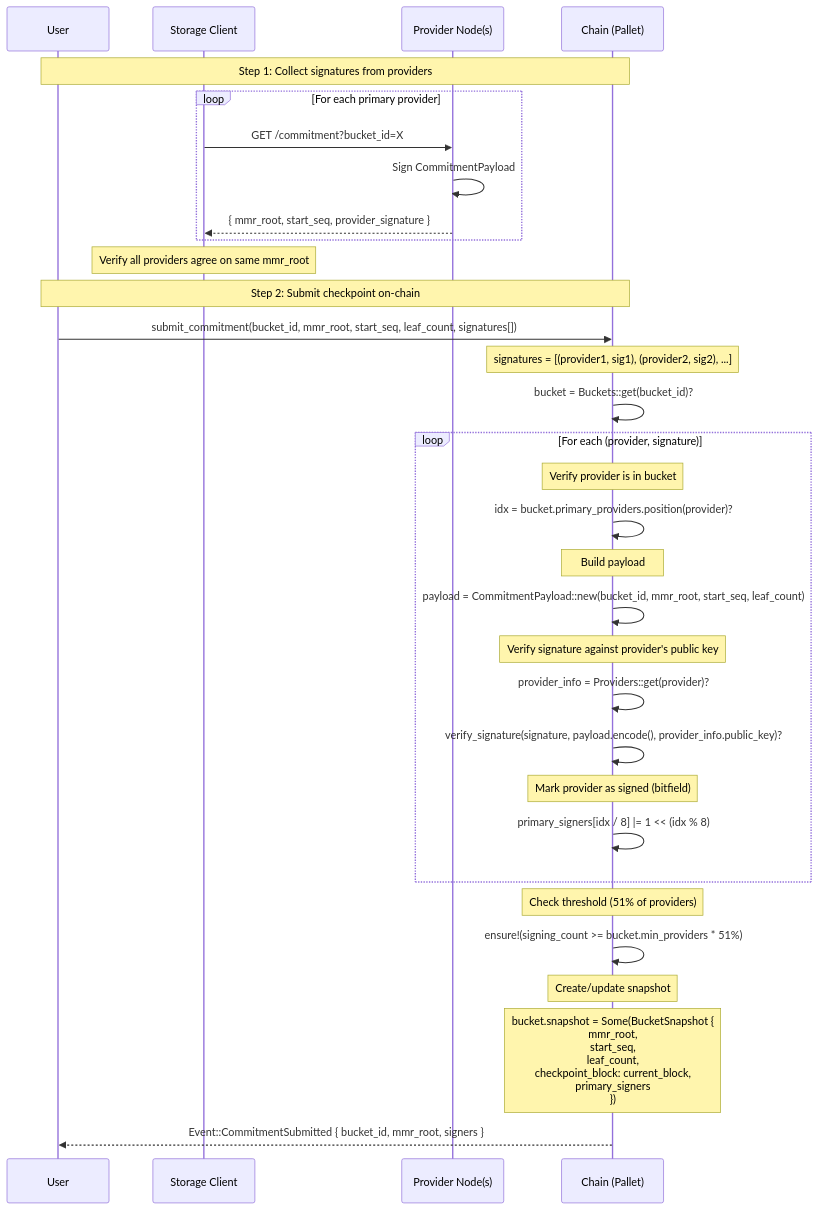
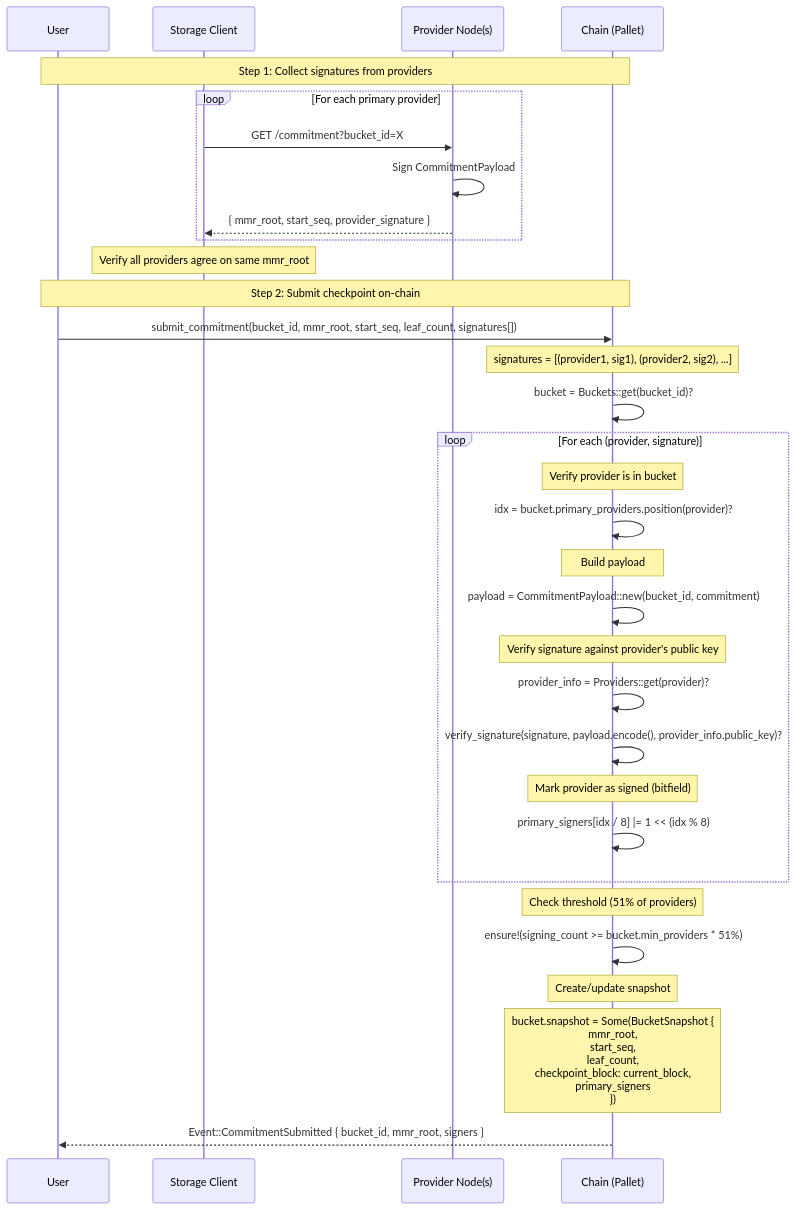
One commit to paritytech/web3-storage changed the seventh of 13 diagrams in docs/reference/EXECUTION_FLOWS.md. Above: the diagram before and after it, drawn with Mermaid. The commit also changed other lines of this file and 49 other files, not shown here.

First line of the commit message:
refactor: remove the commitment nonce from `CommitmentPayload` (#339)

````diff
--- a/docs/reference/EXECUTION_FLOWS.md
+++ b/docs/reference/EXECUTION_FLOWS.md
@@ -311,48 +313,48 @@
 ```mermaid
 sequenceDiagram
     participant U as User
     participant SC as Storage Client
     participant PN as Provider Node(s)
     participant C as Chain (Pallet)
 
     Note over U,C: Step 1: Collect signatures from providers
 
     loop For each primary provider
         SC->>PN: GET /commitment?bucket_id=X
         PN->>PN: Sign CommitmentPayload
         PN-->>SC: { mmr_root, start_seq, provider_signature }
     end
 
     Note over SC: Verify all providers agree on same mmr_root
 
     Note over U,C: Step 2: Submit checkpoint on-chain
 
     U->>C: submit_commitment(bucket_id, mmr_root, start_seq, leaf_count, signatures[])
 
     Note over C: signatures = [(provider1, sig1), (provider2, sig2), ...]
 
     C->>C: bucket = Buckets::get(bucket_id)?
 
     loop For each (provider, signature)
         Note over C: Verify provider is in bucket
         C->>C: idx = bucket.primary_providers.position(provider)?
 
         Note over C: Build payload
-        C->>C: payload = CommitmentPayload::new(bucket_id, mmr_root, start_seq, leaf_count)
+        C->>C: payload = CommitmentPayload::new(bucket_id, commitment)
 
         Note over C: Verify signature against provider's public key
         C->>C: provider_info = Providers::get(provider)?
         C->>C: verify_signature(signature, payload.encode(), provider_info.public_key)?
 
         Note over C: Mark provider as signed (bitfield)
         C->>C: primary_signers[idx / 8] |= 1 << (idx % 8)
     end
 
     Note over C: Check threshold (51% of providers)
     C->>C: ensure!(signing_count >= bucket.min_providers * 51%)
 
     Note over C: Create/update snapshot
     Note over C: bucket.snapshot = Some(BucketSnapshot {<br/> mmr_root,<br/> start_seq,<br/> leaf_count,<br/> checkpoint_block: current_block,<br/> primary_signers<br/>})
 
     C-->>U: Event::CommitmentSubmitted { bucket_id, mmr_root, signers }
 ```
````
